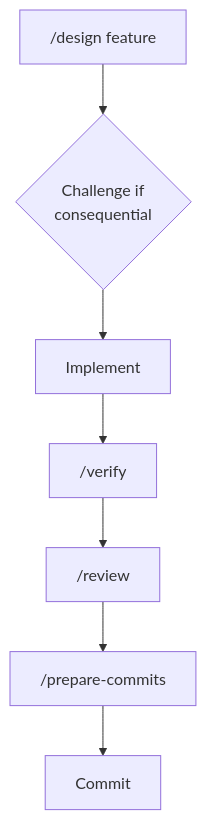
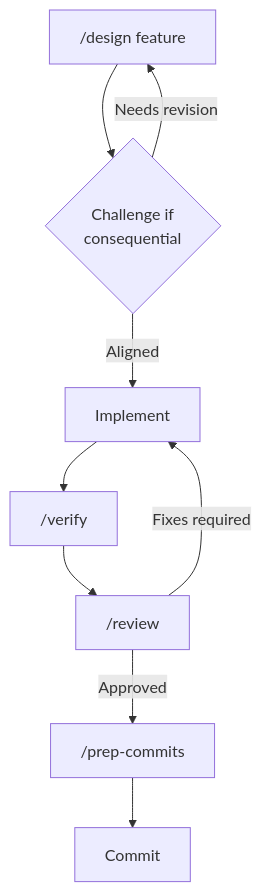
One commit to ziyuonmain/zugzwang changed the diagram in docs/ai-development-workflow.md. Above: the diagram before and after it, drawn with Mermaid. The commit also changed other lines of this file and 3 other files, not shown here.

Commit message:
docs: refine architecture diagrams, correct license, and update workflow name

````diff
--- a/docs/ai-development-workflow.md
+++ b/docs/ai-development-workflow.md
@@ -353,9 +353,11 @@
 ```mermaid
 flowchart TD
     design["/design feature"] --> challenge{"Challenge if<br/>consequential"}
-    challenge --> implement["Implement"]
+    challenge -- Needs revision --> design
+    challenge -- Aligned --> implement["Implement"]
     implement --> verify["/verify"]
     verify --> review["/review"]
-    review --> prep["/prepare-commits"]
+    review -- Fixes required --> implement
+    review -- Approved --> prep["/prep-commits"]
     prep --> commit["Commit"]
 ```
````
